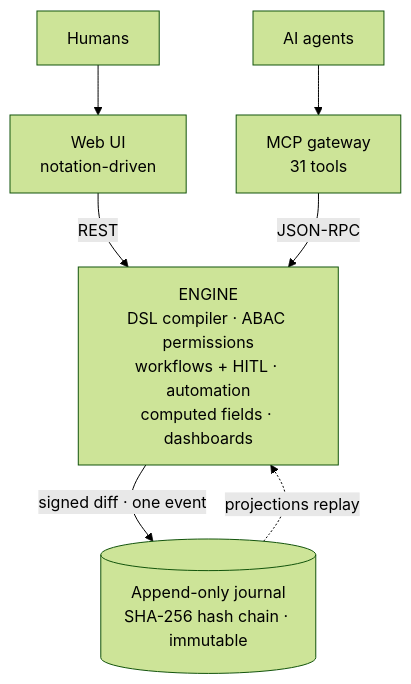
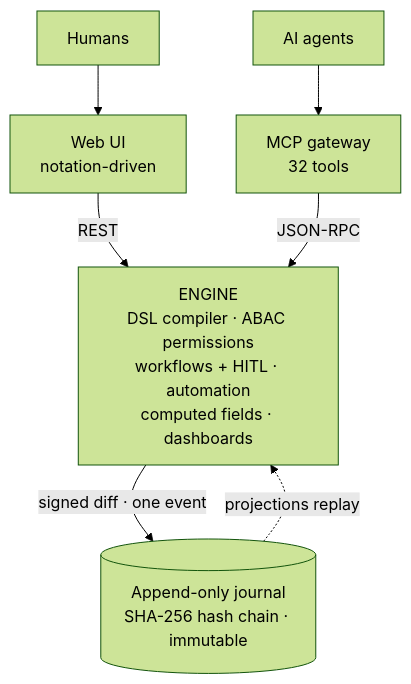
One commit to avangerus/kalita changed the second of 5 diagrams in README.md. Above: the diagram before and after it, drawn with Mermaid (forest theme). The commit also changed other lines of this file and 46 other files, not shown here.

````diff
--- a/README.md
+++ b/README.md
@@ -58,10 +58,10 @@
 ```mermaid
 flowchart TD
     H["Humans"] --> UI["Web UI<br/>notation-driven"]
-    A["AI agents"] --> MCP["MCP gateway<br/>31 tools"]
+    A["AI agents"] --> MCP["MCP gateway<br/>32 tools"]
     UI -->|REST| ENG
     MCP -->|JSON-RPC| ENG
     ENG["ENGINE<br/>DSL compiler · ABAC permissions<br/>workflows + HITL · automation<br/>computed fields · dashboards"]
     ENG -->|"signed diff · one event"| J[("Append-only journal<br/>SHA-256 hash chain · immutable")]
     J -.->|"projections replay"| ENG
 ```
````
